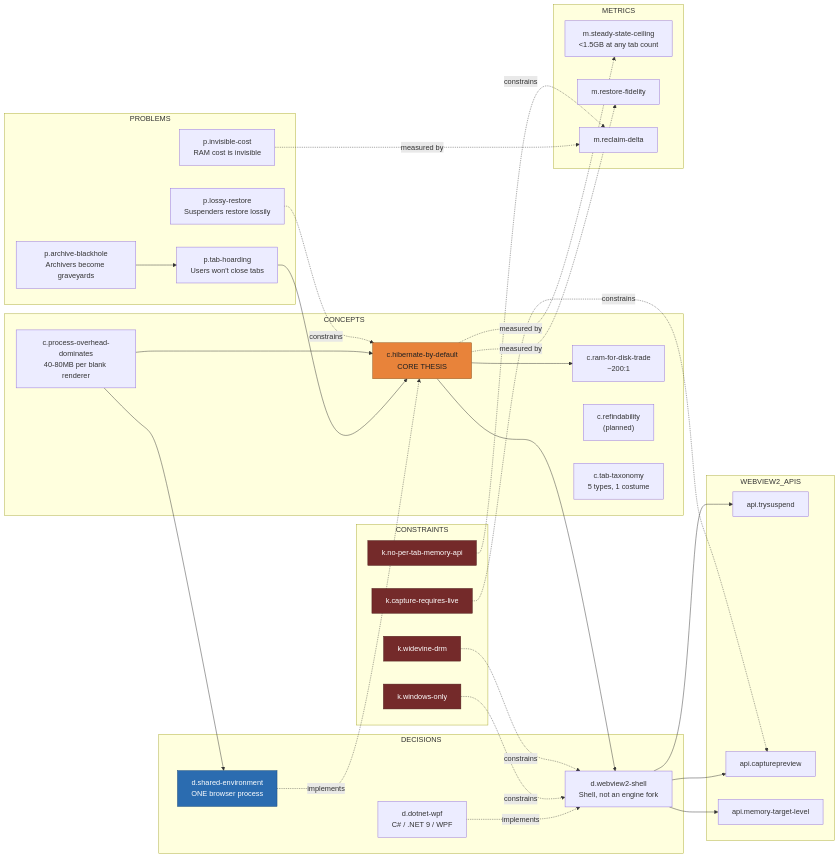
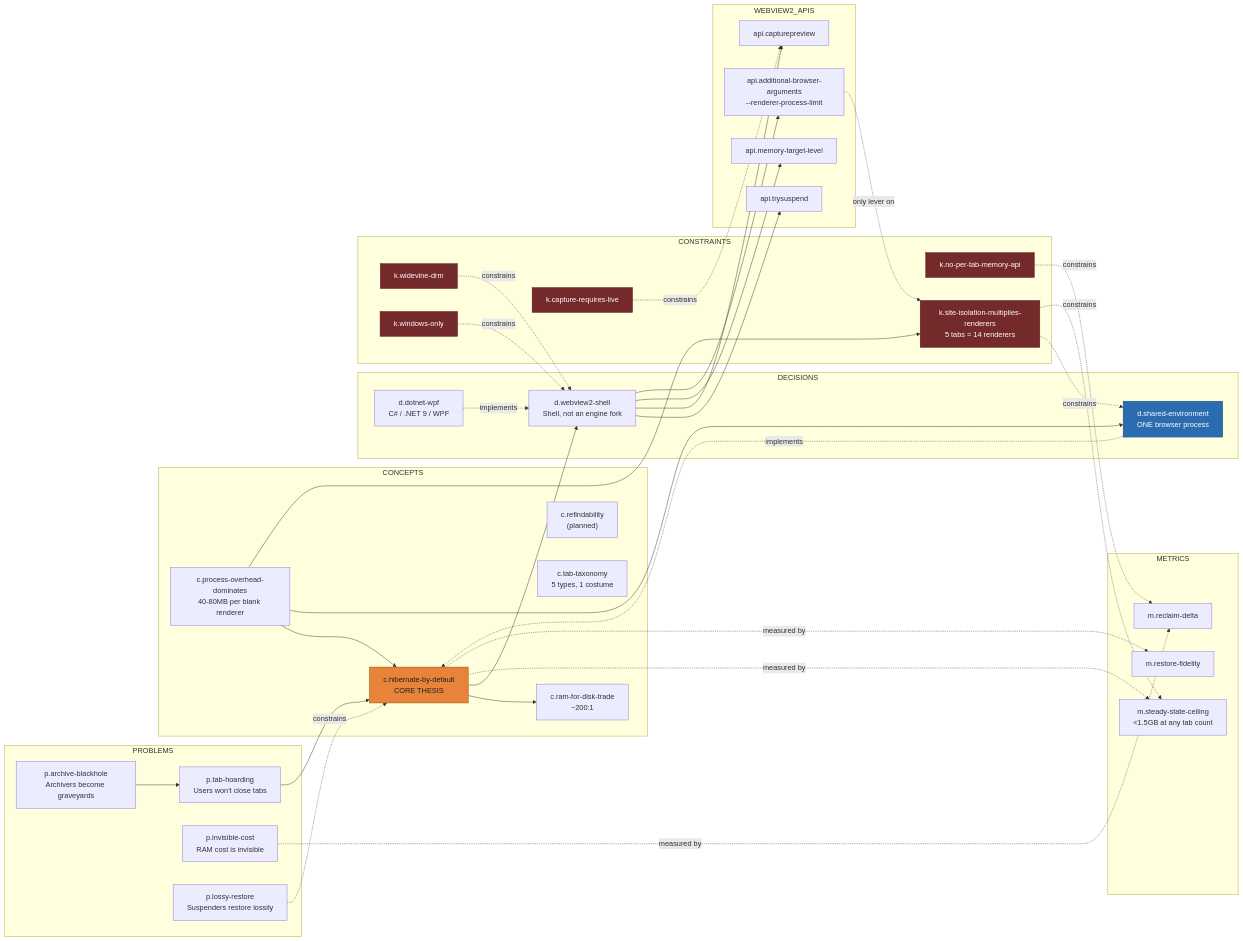
One commit to akashmannil/browser-optimize changed the first of 2 diagrams in docs/knowledge-graph.md. Above: the diagram before and after it, drawn with Mermaid. The commit also changed other lines of this file and 10 other files, not shown here.

````diff
--- a/docs/knowledge-graph.md
+++ b/docs/knowledge-graph.md
@@ -34,72 +34,81 @@
 ```mermaid
 graph LR
   subgraph PROBLEMS
     P1["p.tab-hoarding<br/>Users won't close tabs"]
     P2["p.invisible-cost<br/>RAM cost is invisible"]
     P3["p.lossy-restore<br/>Suspenders restore lossily"]
     P4["p.archive-blackhole<br/>Archivers become graveyards"]
   end
 
   subgraph CONCEPTS
     C1["c.process-overhead-dominates<br/>40-80MB per blank renderer"]
     C2["c.hibernate-by-default<br/>CORE THESIS"]
     C3["c.ram-for-disk-trade<br/>~200:1"]
     C4["c.refindability<br/>(planned)"]
     C5["c.tab-taxonomy<br/>5 types, 1 costume"]
   end
 
   subgraph DECISIONS
     D1["d.webview2-shell<br/>Shell, not an engine fork"]
     D2["d.dotnet-wpf<br/>C# / .NET 9 / WPF"]
     D3["d.shared-environment<br/>ONE browser process"]
   end
 
   subgraph CONSTRAINTS
     K1["k.no-per-tab-memory-api"]
     K2["k.widevine-drm"]
     K3["k.windows-only"]
     K4["k.capture-requires-live"]
+    K5["k.site-isolation-multiplies-renderers<br/>5 tabs = 14 renderers"]
   end
 
   subgraph WEBVIEW2_APIS
     A1["api.trysuspend"]
     A2["api.capturepreview"]
     A3["api.memory-target-level"]
+    A4["api.additional-browser-arguments<br/>--renderer-process-limit"]
   end
 
   subgraph METRICS
     M1["m.steady-state-ceiling<br/>&lt;1.5GB at any tab count"]
     M2["m.restore-fidelity"]
     M3["m.reclaim-delta"]
   end
 
   P1 --> C2
   C1 --> C2
   C2 --> C3
   P3 -.constrains.-> C2
   P4 --> P1
 
   C2 --> D1
   D1 --> A1
   D1 --> A2
   D1 --> A3
   D2 -.implements.-> D1
   K3 -.constrains.-> D1
   K2 -.constrains.-> D1
 
   C1 --> D3
   D3 -.implements.-> C2
   K4 -.constrains.-> A2
 
+  D1 --> A4
+  K5 -.constrains.-> D3
+  K5 -.constrains.-> M1
+  A4 -.only lever on.-> K5
+  C1 --> K5
+
   C2 -.measured by.-> M1
   C2 -.measured by.-> M2
   P2 -.measured by.-> M3
   K1 -.constrains.-> M3
 
   style C2 fill:#E8833A,stroke:#8a4a12,color:#1E1F22
   style D3 fill:#2B6CB0,stroke:#1a4a7a,color:#fff
   style K1 fill:#742a2a,stroke:#4a1a1a,color:#fff
   style K2 fill:#742a2a,stroke:#4a1a1a,color:#fff
   style K3 fill:#742a2a,stroke:#4a1a1a,color:#fff
   style K4 fill:#742a2a,stroke:#4a1a1a,color:#fff
+  style K5 fill:#742a2a,stroke:#4a1a1a,color:#fff
 ```
````
